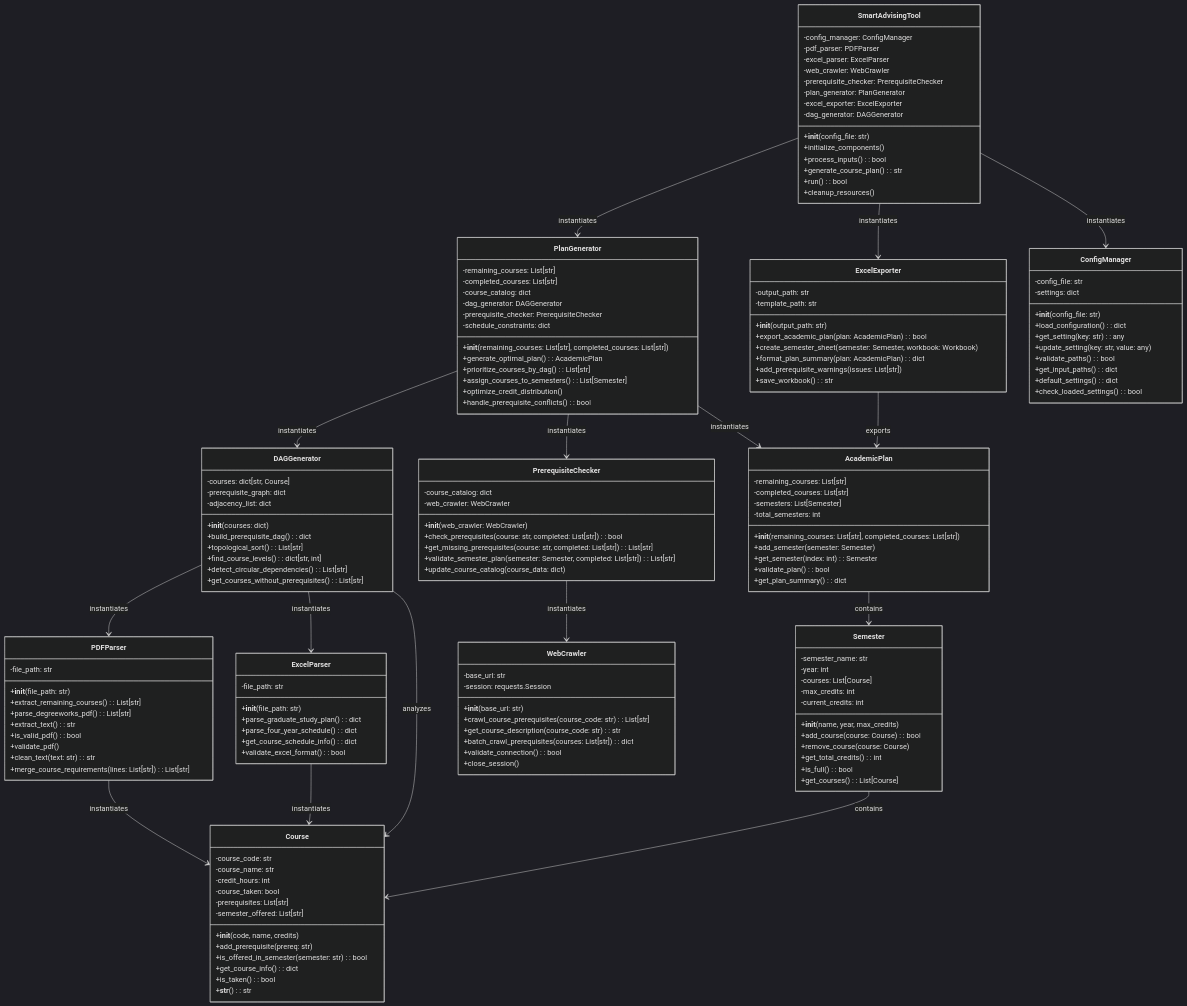
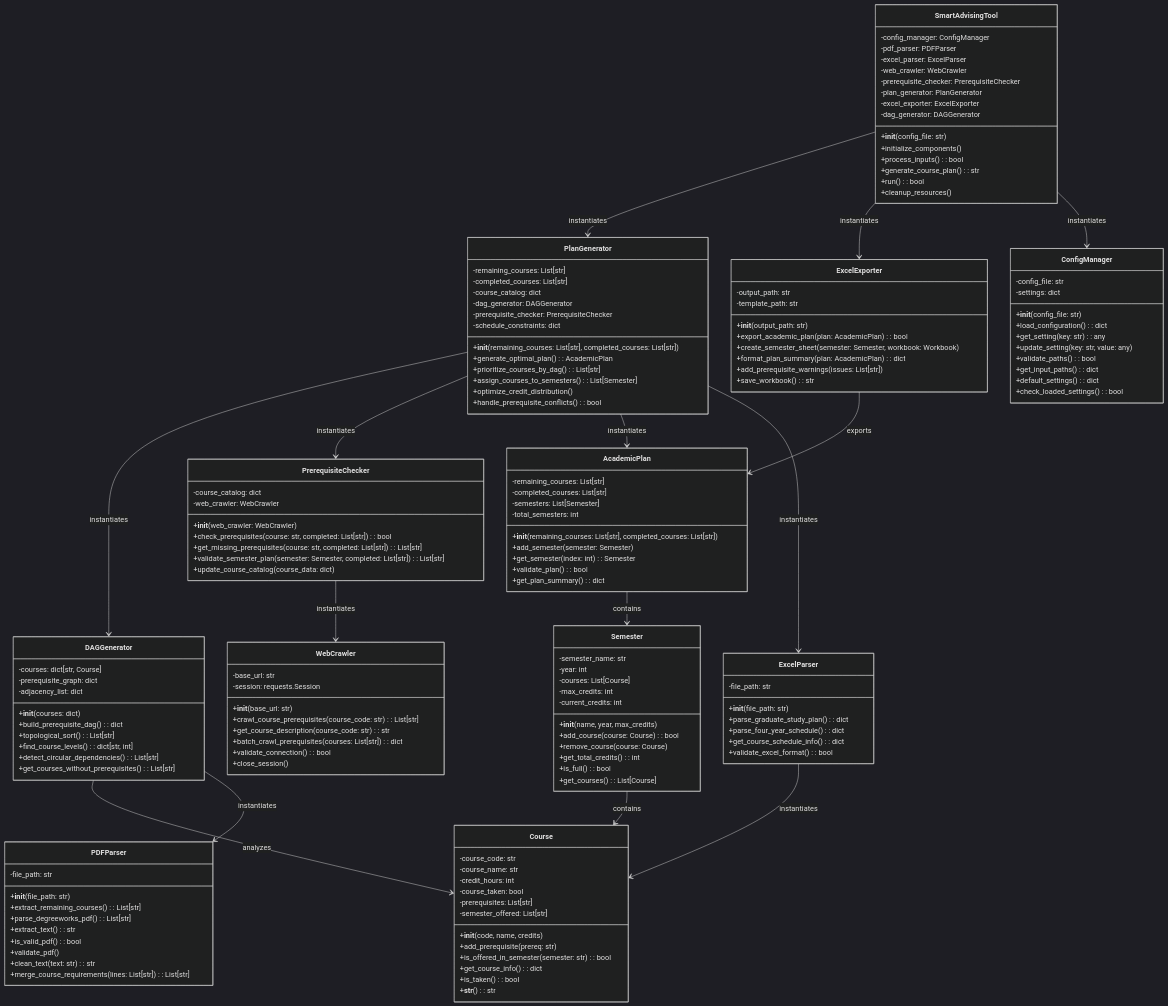
The diagram in docs/class_planning_uml.mermaid (the-red-crow/better-advise), drawn with Mermaid (dark theme) before and after one commit. The commit also changed 3 other files, not shown here.

```diff
--- a/docs/class_planning_uml.mermaid
+++ b/docs/class_planning_uml.mermaid
@@ -1,176 +1,174 @@
 classDiagram
     class Course {
         -course_code: str
         -course_name: str
         -credit_hours: int
         -course_taken: bool
         -prerequisites: List[str]
         -semester_offered: List[str]
         +__init__(code, name, credits)
         +add_prerequisite(prereq: str)
         +is_offered_in_semester(semester: str): bool
         +get_course_info(): dict
         +is_taken(): bool
         +__str__(): str
     }
 
     class Semester {
         -semester_name: str
         -year: int
         -courses: List[Course]
         -max_credits: int
         -current_credits: int
         +__init__(name, year, max_credits)
         +add_course(course: Course): bool
         +remove_course(course: Course)
         +get_total_credits(): int
         +is_full(): bool
         +get_courses(): List[Course]
     }
 
     class AcademicPlan {
         -remaining_courses: List[str]
         -completed_courses: List[str]
         -semesters: List[Semester]
         -total_semesters: int
         +__init__(remaining_courses: List[str], completed_courses: List[str])
         +add_semester(semester: Semester)
         +get_semester(index: int): Semester
         +validate_plan(): bool
         +get_plan_summary(): dict
     }
 
     class DAGGenerator {
         -courses: dict[str, Course]
         -prerequisite_graph: dict
         -adjacency_list: dict
         +__init__(courses: dict)
         +build_prerequisite_dag(): dict
         +topological_sort(): List[str]
         +find_course_levels(): dict[str, int]
         +detect_circular_dependencies(): List[str]
         +get_courses_without_prerequisites(): List[str]
     }
 
     class PDFParser {
         -file_path: str
         +__init__(file_path: str)
         +extract_remaining_courses(): List[str]
         +parse_degreeworks_pdf(): List[str]
         +extract_text(): str
         +is_valid_pdf(): bool
         +validate_pdf()
         +clean_text(text: str): str
         +merge_course_requirements(lines: List[str]): List[str]
     }
 
     class ExcelParser {
         -file_path: str
         +__init__(file_path: str)
         +parse_graduate_study_plan(): dict
         +parse_four_year_schedule(): dict
         +get_course_schedule_info(): dict
         +validate_excel_format(): bool
     }
 
     class WebCrawler {
         -base_url: str
         -session: requests.Session
         +__init__(base_url: str)
         +crawl_course_prerequisites(course_code: str): List[str]
         +get_course_description(course_code: str): str
         +batch_crawl_prerequisites(courses: List[str]): dict
         +validate_connection(): bool
         +close_session()
     }
 
     class PrerequisiteChecker {
         -course_catalog: dict
         -web_crawler: WebCrawler
         +__init__(web_crawler: WebCrawler)
         +check_prerequisites(course: str, completed: List[str]): bool
         +get_missing_prerequisites(course: str, completed: List[str]): List[str]
         +validate_semester_plan(semester: Semester, completed: List[str]): List[str]
         +update_course_catalog(course_data: dict)
     }
 
     class PlanGenerator {
         -remaining_courses: List[str]
         -completed_courses: List[str]
         -course_catalog: dict
         -dag_generator: DAGGenerator
         -prerequisite_checker: PrerequisiteChecker
         -schedule_constraints: dict
         +__init__(remaining_courses: List[str], completed_courses: List[str])
         +generate_optimal_plan(): AcademicPlan
         +prioritize_courses_by_dag(): List[str]
         +assign_courses_to_semesters(): List[Semester]
         +optimize_credit_distribution()
         +handle_prerequisite_conflicts(): bool
     }
 
     class ExcelExporter {
         -output_path: str
         -template_path: str
         +__init__(output_path: str)
         +export_academic_plan(plan: AcademicPlan): bool
         +create_semester_sheet(semester: Semester, workbook: Workbook)
         +format_plan_summary(plan: AcademicPlan): dict
         +add_prerequisite_warnings(issues: List[str])
         +save_workbook(): str
     }
 
     class ConfigManager {
         -config_file: str
         -settings: dict
         +__init__(config_file: str)
         +load_configuration(): dict
         +get_setting(key: str): any
         +update_setting(key: str, value: any)
         +validate_paths(): bool
         +get_input_paths(): dict
         +default_settings(): dict
         +check_loaded_settings(): bool
     }
 
     class SmartAdvisingTool {
         -config_manager: ConfigManager
         -pdf_parser: PDFParser
         -excel_parser: ExcelParser
         -web_crawler: WebCrawler
         -prerequisite_checker: PrerequisiteChecker
         -plan_generator: PlanGenerator
         -excel_exporter: ExcelExporter
         -dag_generator: DAGGenerator
         +__init__(config_file: str)
         +initialize_components()
         +process_inputs(): bool
         +generate_course_plan(): str
         +run(): bool
         +cleanup_resources()
     }
 
     %% Relationships
     SmartAdvisingTool --> PlanGenerator : instantiates
     SmartAdvisingTool --> ExcelExporter : instantiates
     SmartAdvisingTool --> ConfigManager : instantiates
 
-    PDFParser --> Course : instantiates
-
     ExcelParser --> Course : instantiates
 
     PlanGenerator --> DAGGenerator : instantiates
     PlanGenerator --> PrerequisiteChecker : instantiates
     PlanGenerator --> AcademicPlan : instantiates
     
     DAGGenerator --> Course : analyzes
     DAGGenerator --> PDFParser : instantiates
-    DAGGenerator --> ExcelParser : instantiates
+    PlanGenerator --> ExcelParser : instantiates
     
     AcademicPlan --> Semester : contains
     
     Semester --> Course : contains
     
     PrerequisiteChecker --> WebCrawler : instantiates
     
     ExcelExporter --> AcademicPlan : exports
```
